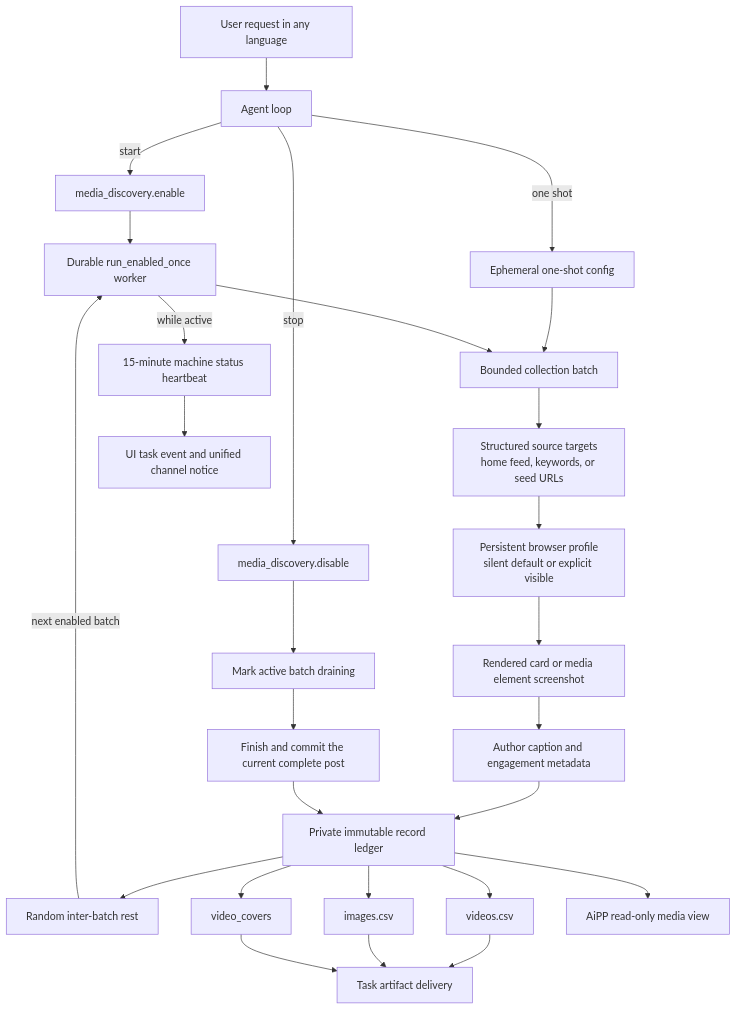
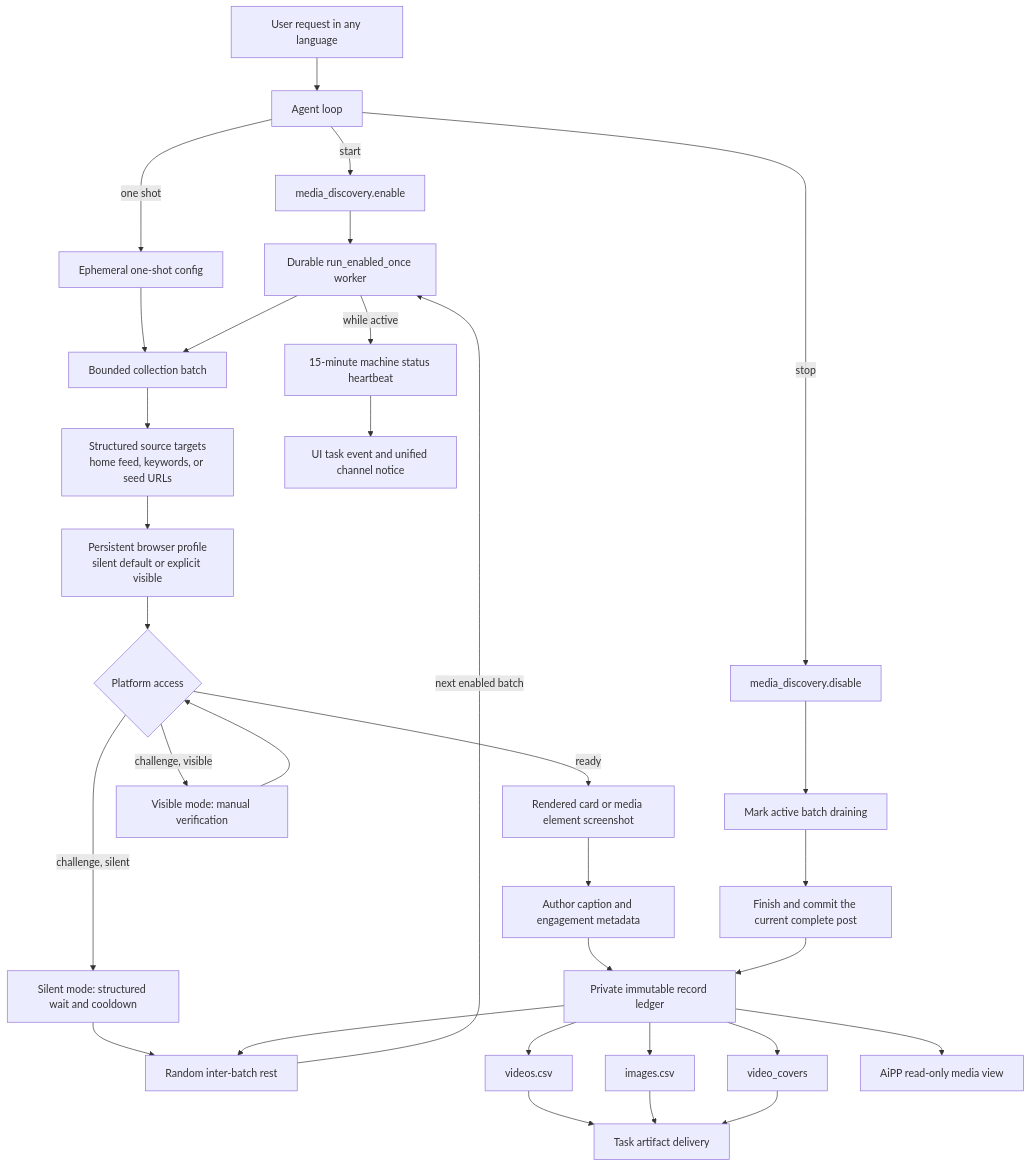
One commit to MatrixCoreX/RustClaw changed the diagram in docs/architecture/12-media-discovery.md. Above: the diagram before and after it, drawn with Mermaid. The commit also changed other lines of this file and 14 other files, not shown here.

````diff
--- a/docs/architecture/12-media-discovery.md
+++ b/docs/architecture/12-media-discovery.md
@@ -54,40 +60,46 @@
 ```mermaid
 flowchart TD
     U[User request in any language]
     A[Agent loop]
     E[media_discovery.enable]
     X[media_discovery.disable]
     R[Durable run_enabled_once worker]
     RB[Bounded collection batch]
     Z[Random inter-batch rest]
     W[Ephemeral one-shot config]
     T[Structured source targets<br/>home feed, keywords, or seed URLs]
     G[Mark active batch draining]
     P[Finish and commit the current complete post]
     B[Persistent browser profile<br/>silent default or explicit visible]
+    Q{Platform access}
+    M[Visible mode: manual verification]
+    K[Silent mode: structured wait and cooldown]
     C[Rendered card or media element screenshot]
     O[Author caption and engagement metadata]
     L[Private immutable record ledger]
     V[videos.csv]
     I[images.csv]
     F[video_covers]
     D[Task artifact delivery]
     H[15-minute machine status heartbeat]
     N[UI task event and unified channel notice]
     AP[AiPP read-only media view]
 
     U --> A
     A -->|start| E
     E --> R
     A -->|one shot| W --> RB
     R --> RB
-    RB --> T --> B --> C --> O --> L
+    RB --> T --> B --> Q
+    Q -->|ready| C --> O --> L
+    Q -->|challenge, visible| M --> Q
+    Q -->|challenge, silent| K --> Z
     L --> Z -->|next enabled batch| R
     R -->|while active| H --> N
     A -->|stop| X
     X --> G --> P --> L
     L --> V --> D
     L --> I --> D
     L --> F --> D
     L --> AP
 ```
````
